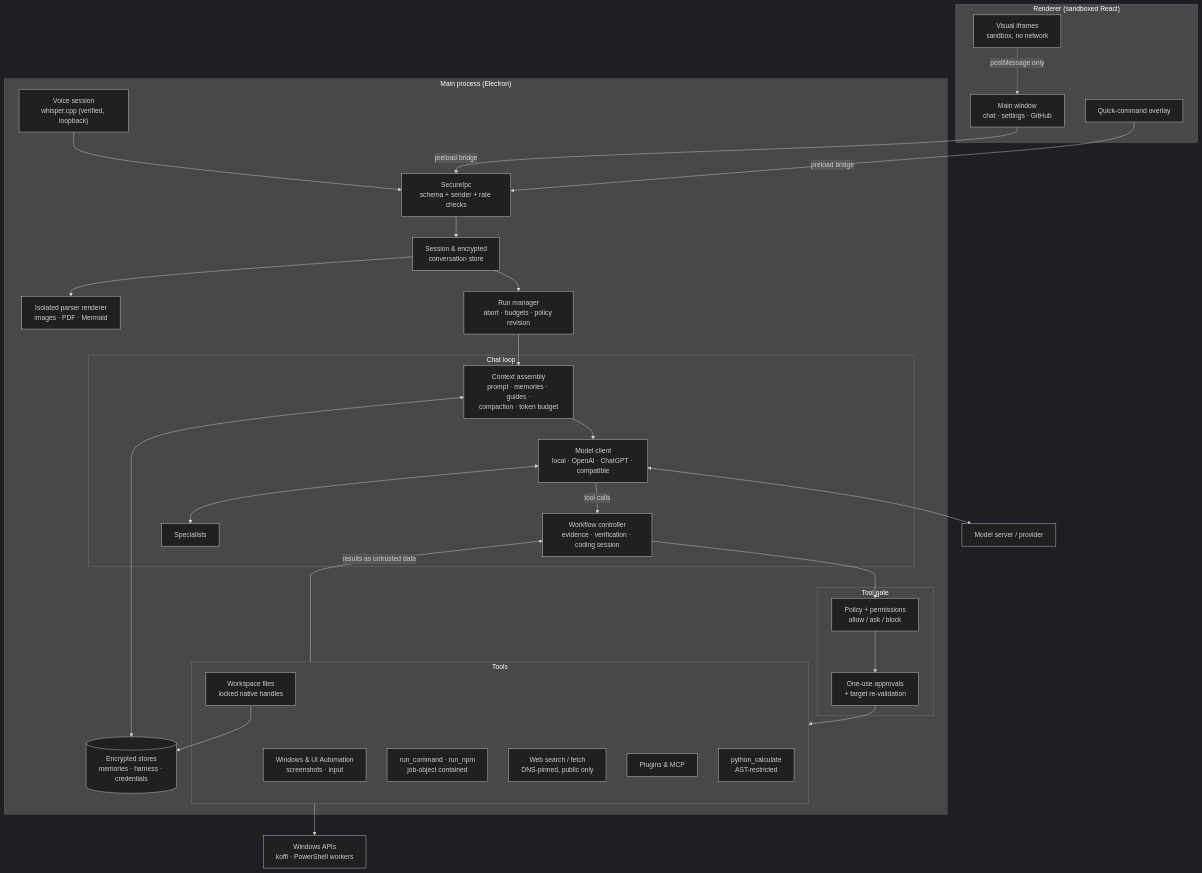
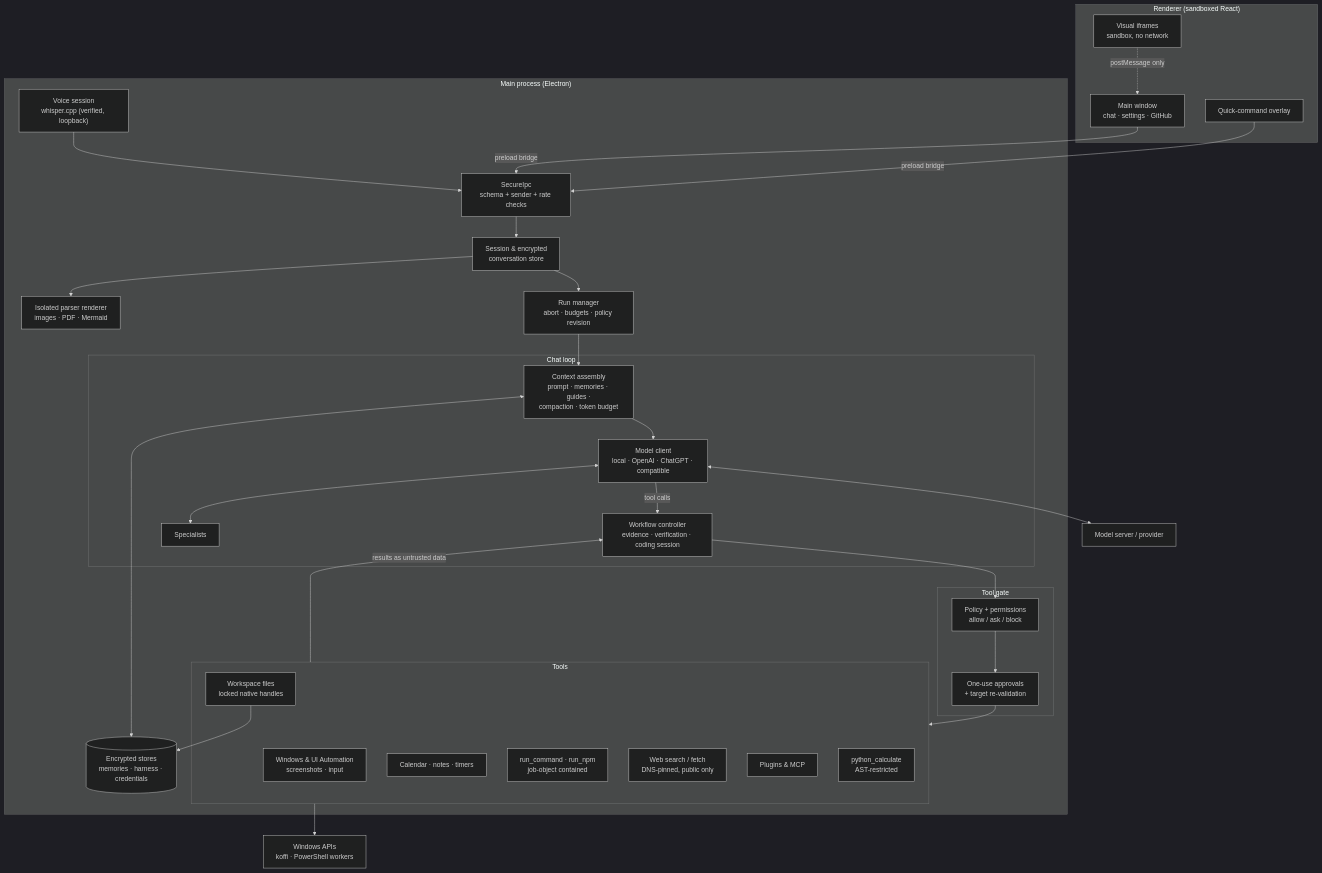
Before and after one commit to Chirraaa/sophon: the diagram in README.md, drawn with Mermaid (dark theme). The commit also changed other lines of this file and 6 other files, not shown here.

First line of the commit message:
tech(NCS-0067): bring README and docs up to date with current features and architecture

````diff
--- a/README.md
+++ b/README.md
@@ -39,55 +41,56 @@
 ```mermaid
 flowchart TB
   subgraph UI["Renderer (sandboxed React)"]
     MAIN["Main window<br/>chat · settings · GitHub"]
     COMPACT["Quick-command overlay"]
     VIS["Visual iframes<br/>sandbox, no network"]
   end
 
   subgraph MAINP["Main process (Electron)"]
     IPC["SecureIpc<br/>schema + sender + rate checks"]
     SESSION["Session & encrypted<br/>conversation store"]
     RUN["Run manager<br/>abort · budgets · policy revision"]
 
     subgraph LOOP["Chat loop"]
       CTX["Context assembly<br/>prompt · memories · guides ·<br/>compaction · token budget"]
       LLM["Model client<br/>local · OpenAI · ChatGPT · compatible"]
       WF["Workflow controller<br/>evidence · verification · coding session"]
       SPEC["Specialists"]
     end
 
     subgraph GATE["Tool gate"]
       POL["Policy + permissions<br/>allow / ask / block"]
       APPROVE["One-use approvals<br/>+ target re-validation"]
     end
 
     subgraph TOOLS["Tools"]
       DESK["Windows & UI Automation<br/>screenshots · input"]
+      ORG["Calendar · notes · timers"]
       FILES["Workspace files<br/>locked native handles"]
       CMD["run_command · run_npm<br/>job-object contained"]
       WEB["Web search / fetch<br/>DNS-pinned, public only"]
       MCP["Plugins & MCP"]
       PY["python_calculate<br/>AST-restricted"]
     end
 
     STORE[("Encrypted stores<br/>memories · harness · credentials")]
     PARSER["Isolated parser renderer<br/>images · PDF · Mermaid"]
     VOICE["Voice session<br/>whisper.cpp (verified, loopback)"]
   end
 
   EXT["Model server / provider"]
   OS["Windows APIs<br/>koffi · PowerShell workers"]
 
   MAIN & COMPACT -->|preload bridge| IPC
   VIS -.->|postMessage only| MAIN
   IPC --> SESSION --> RUN --> CTX --> LLM
   LLM <--> EXT
   LLM -->|tool calls| WF --> POL --> APPROVE --> TOOLS
   TOOLS --> OS
   TOOLS -->|results as untrusted data| WF
   LLM <--> SPEC
   CTX <--> STORE
   FILES --> STORE
   SESSION --> PARSER
   VOICE --> IPC
 ```
````
